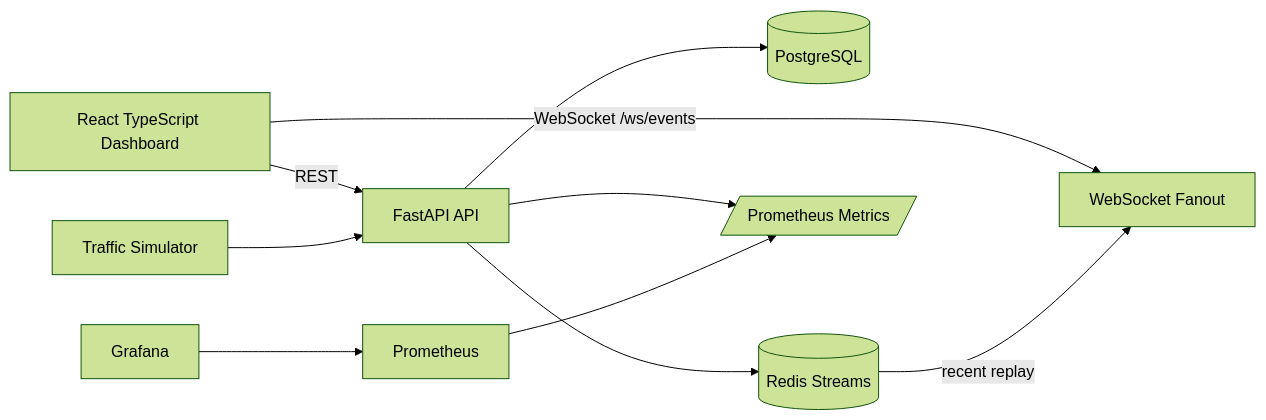
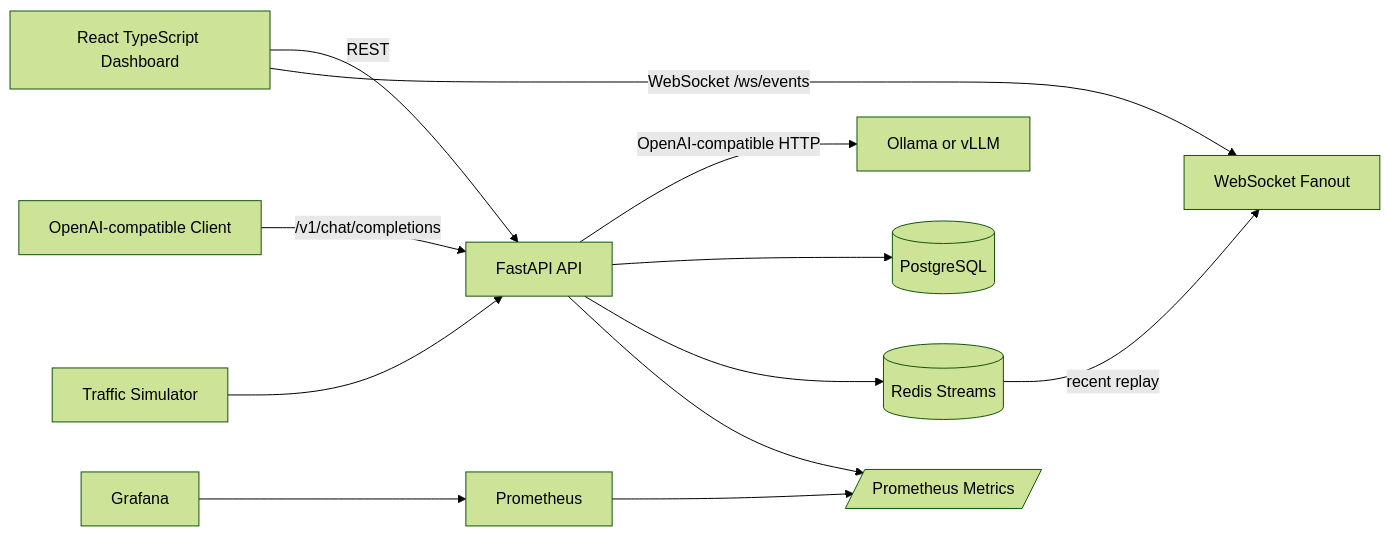
The diagram in docs/architecture.md (HenishPatel1214/inference-ops-platform), drawn with Mermaid (forest theme) before and after one commit. The commit also changed other lines of this file and 11 other files, not shown here.

Commit message:
feat(gateway): proxy chat completions

````diff
--- a/docs/architecture.md
+++ b/docs/architecture.md
@@ -5,12 +5,14 @@
 ```mermaid
 flowchart LR
     Browser[React TypeScript Dashboard] -->|REST| API[FastAPI API]
     Browser -->|WebSocket /ws/events| WS[WebSocket Fanout]
+    Client[OpenAI-compatible Client] -->|/v1/chat/completions| API
+    API -->|OpenAI-compatible HTTP| Runtime[Ollama or vLLM]
     API --> DB[(PostgreSQL)]
     API --> Redis[(Redis Streams)]
     Worker[Traffic Simulator] --> API
     API --> Metrics[/Prometheus Metrics/]
     Prometheus[Prometheus] --> Metrics
     Grafana[Grafana] --> Prometheus
     Redis -->|recent replay| WS
 ```
````
